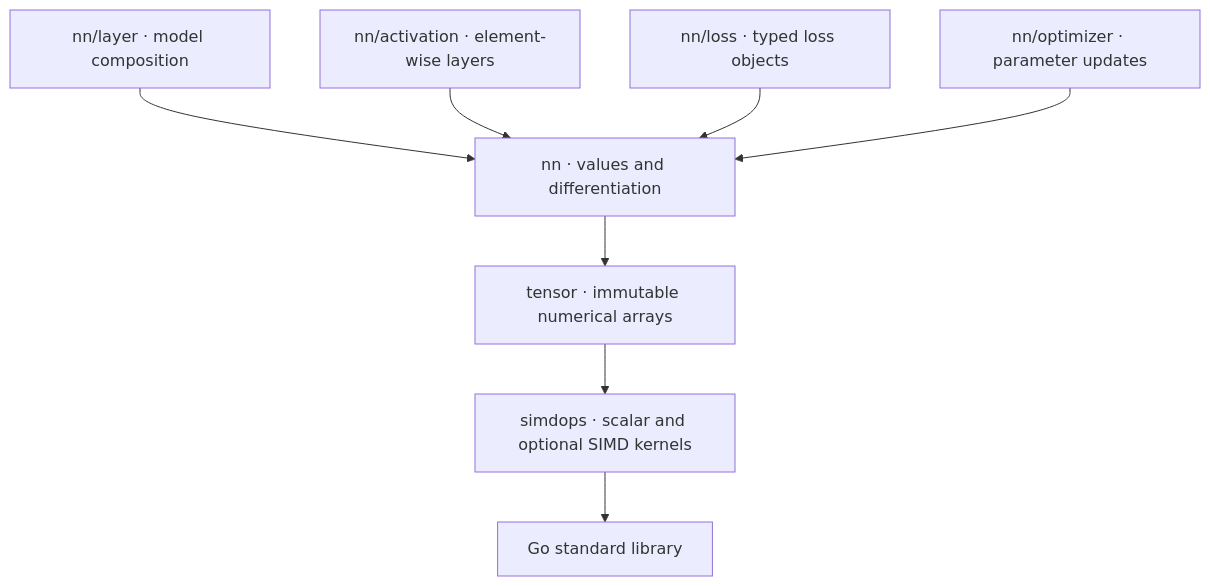
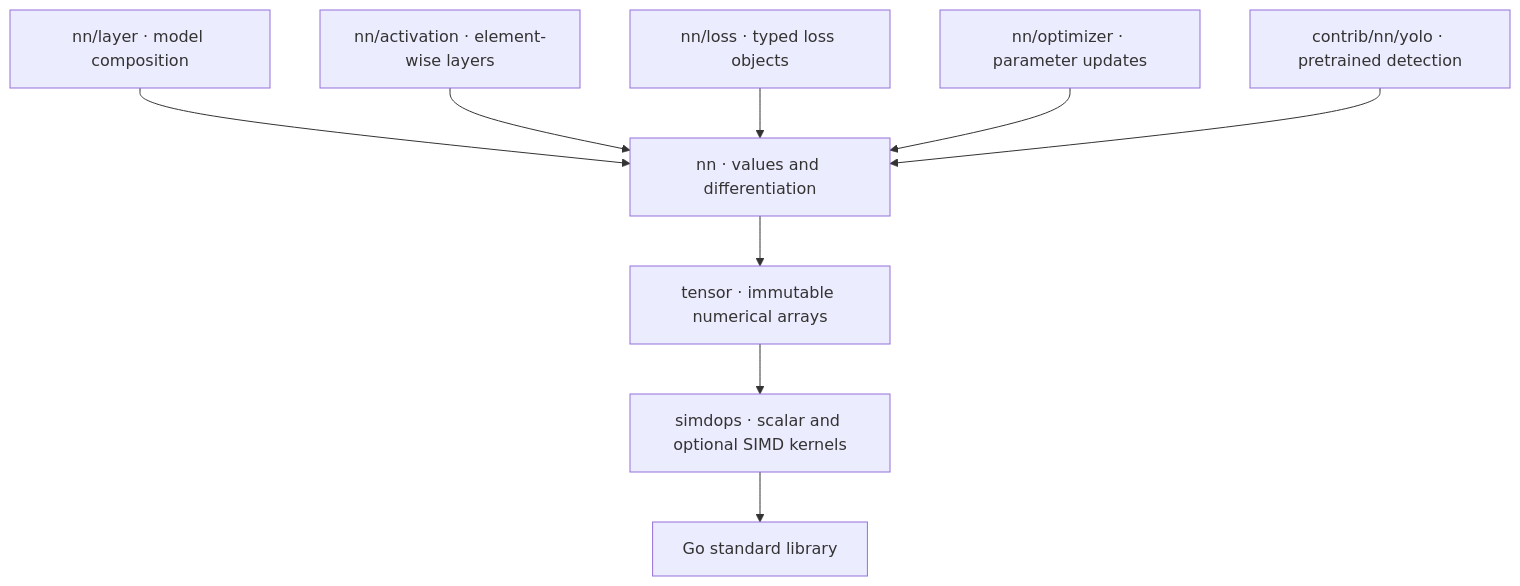
One commit to bpradana/goml changed the diagram in README.md. Above: the diagram before and after it, drawn with Mermaid. The commit also changed other lines of this file and 8 other files, not shown here.

````diff
--- a/README.md
+++ b/README.md
@@ -129,10 +133,11 @@
 ```mermaid
 flowchart TD
     Layer["nn/layer · model composition"] --> NN["nn · values and differentiation"]
     Activation["nn/activation · element-wise layers"] --> NN
     Loss["nn/loss · typed loss objects"] --> NN
     Optimizer["nn/optimizer · parameter updates"] --> NN
+    YOLO["contrib/nn/yolo · pretrained detection"] --> NN
     NN --> Tensor["tensor · immutable numerical arrays"]
     Tensor --> SIMD["simdops · scalar and optional SIMD kernels"]
     SIMD --> Std["Go standard library"]
 ```
````
